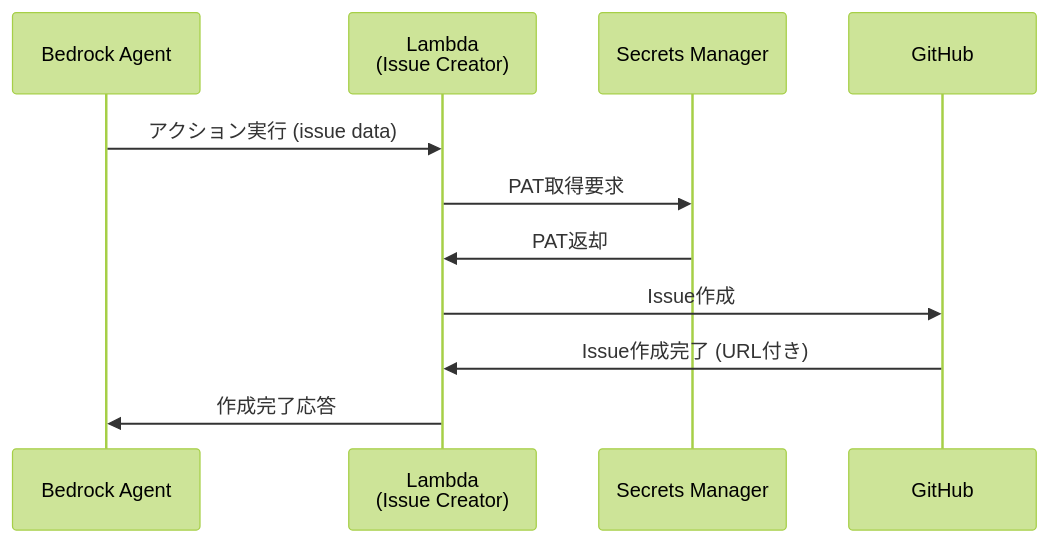
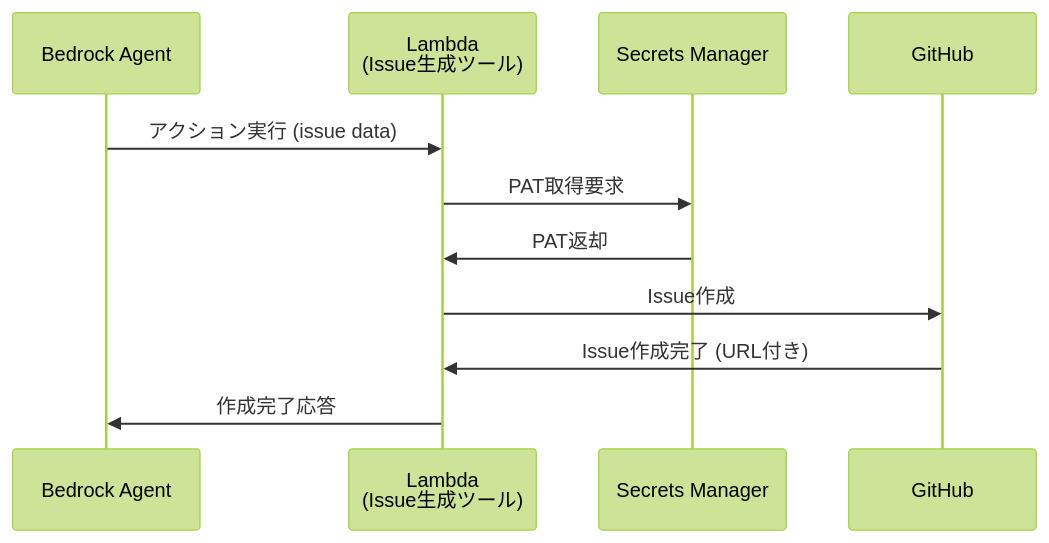
One commit to nangashi/ai-test changed the fifth of 7 diagrams in DESIGN.md. Above: the diagram before and after it, drawn with Mermaid (forest theme). The commit also changed other lines of this file, not shown here.

````diff
--- a/DESIGN.md
+++ b/DESIGN.md
@@ -213,14 +228,14 @@
 ```mermaid
 sequenceDiagram
     participant BA as Bedrock Agent
-    participant L2 as Lambda<br/>(Issue Creator)
+    participant L2 as Lambda<br/>(Issue生成ツール)
     participant SM as Secrets Manager
     participant GH as GitHub
 
     BA->>L2: アクション実行 (issue data)
     L2->>SM: PAT取得要求
     SM->>L2: PAT返却
     L2->>GH: Issue作成
     GH->>L2: Issue作成完了 (URL付き)
     L2->>BA: 作成完了応答
 ```
````
